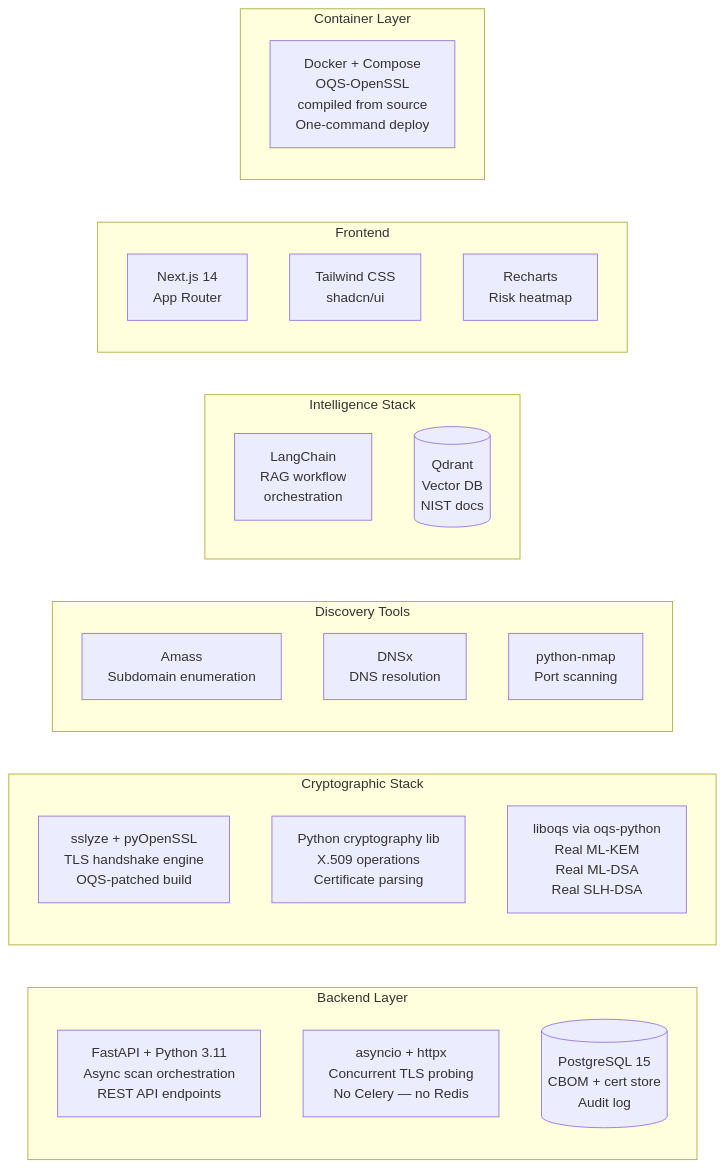
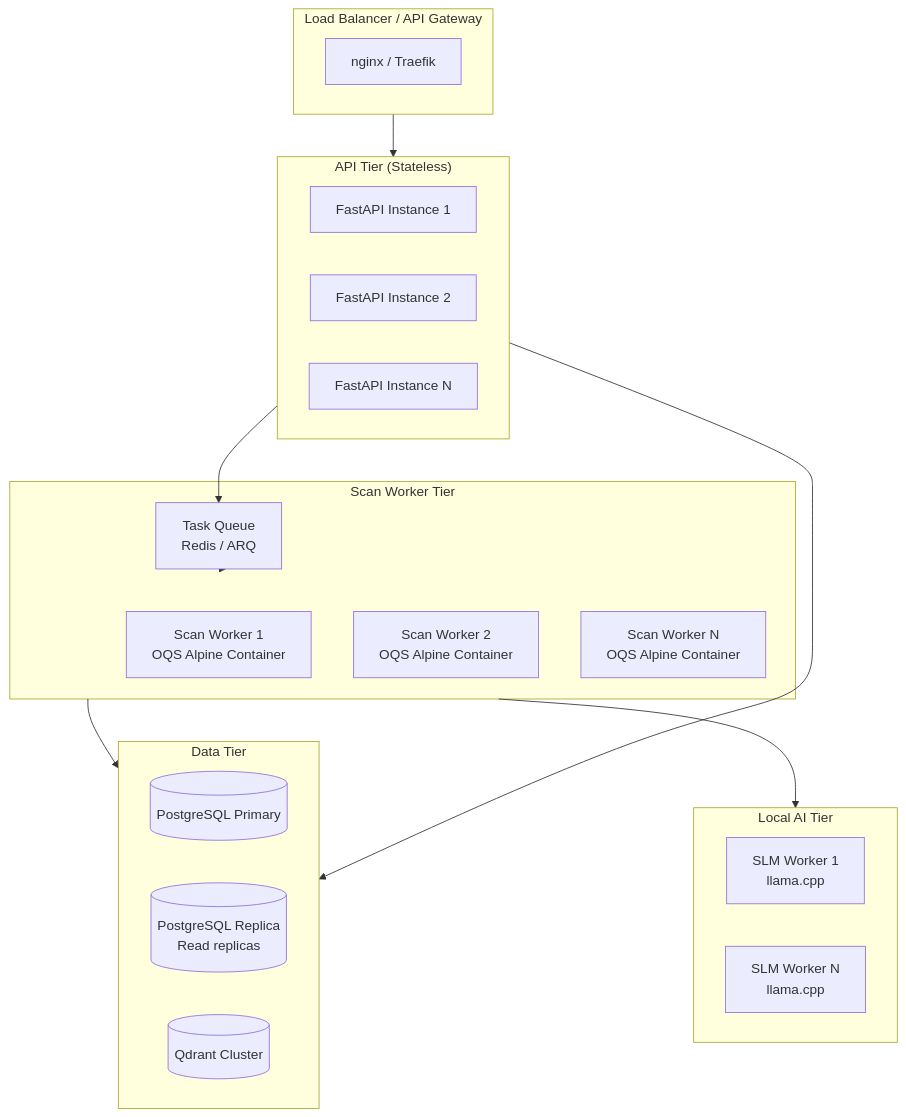
The sixth of 7 diagrams in SOLUTION.md (notgautham/Aegis), drawn with Mermaid before and after one commit. The commit also changed other lines of this file and 4 other files, not shown here.

````diff
--- a/SOLUTION.md
+++ b/SOLUTION.md
@@ -622,35 +728,37 @@
 ```mermaid
-graph LR
-    subgraph BACKEND["Backend Layer"]
-        FA[FastAPI + Python 3.11<br>Async scan orchestration<br>REST API endpoints]
-        ASYNC[asyncio + httpx<br>Concurrent TLS probing<br>No Celery — no Redis]
-        PG[(PostgreSQL 15<br>CBOM + cert store<br>Audit log)]
+graph TB
+    subgraph INGRESS["Load Balancer / API Gateway"]
+        LB[nginx / Traefik]
     end
 
-    subgraph CRYPTO_STACK["Cryptographic Stack"]
-        SSL[sslyze + pyOpenSSL<br>TLS handshake engine<br>OQS-patched build]
-        CRYPTOLIB[Python cryptography lib<br>X.509 operations<br>Certificate parsing]
-        OQS[liboqs via oqs-python<br>Real ML-KEM<br>Real ML-DSA<br>Real SLH-DSA]
+    subgraph API_TIER["API Tier (Stateless)"]
+        API1[FastAPI Instance 1]
+        API2[FastAPI Instance 2]
+        API3[FastAPI Instance N]
     end
 
-    subgraph DISCOVERY["Discovery Tools"]
-        AMASS[Amass<br>Subdomain enumeration]
-        DNSX[DNSx<br>DNS resolution]
-        NMAP[python-nmap<br>Port scanning]
+    subgraph WORKER_TIER["Scan Worker Tier"]
+        W1[Scan Worker 1<br>OQS Alpine Container]
+        W2[Scan Worker 2<br>OQS Alpine Container]
+        W3[Scan Worker N<br>OQS Alpine Container]
+        QUEUE[Task Queue<br>Redis / ARQ]
     end
 
-    subgraph INTEL["Intelligence Stack"]
-        LangChain_T[LangChain<br>RAG workflow<br>orchestration]
-        QDRANT_T[(Qdrant<br>Vector DB<br>NIST docs)]
+    subgraph DATA_TIER["Data Tier"]
+        PG_PRIMARY[(PostgreSQL Primary)]
+        PG_REPLICA[(PostgreSQL Replica<br>Read replicas)]
+        QDRANT_CLUSTER[(Qdrant Cluster)]
     end
 
-    subgraph FRONTEND["Frontend"]
-        NEXT[Next.js 14<br>App Router]
-        TAIL[Tailwind CSS<br>shadcn/ui]
-        RECHARTS[Recharts<br>Risk heatmap]
+    subgraph AI_TIER["Local AI Tier"]
+        SLM1[SLM Worker 1<br>llama.cpp]
+        SLM2[SLM Worker N<br>llama.cpp]
     end
 
-    subgraph CONTAINER["Container Layer"]
-        DOCKER[Docker + Compose<br>OQS-OpenSSL<br>compiled from source<br>One-command deploy]
-    end
+    INGRESS --> API_TIER
+    API_TIER --> QUEUE
+    QUEUE --> WORKER_TIER
+    WORKER_TIER --> DATA_TIER
+    API_TIER --> DATA_TIER
+    WORKER_TIER --> AI_TIER
 ```
````
